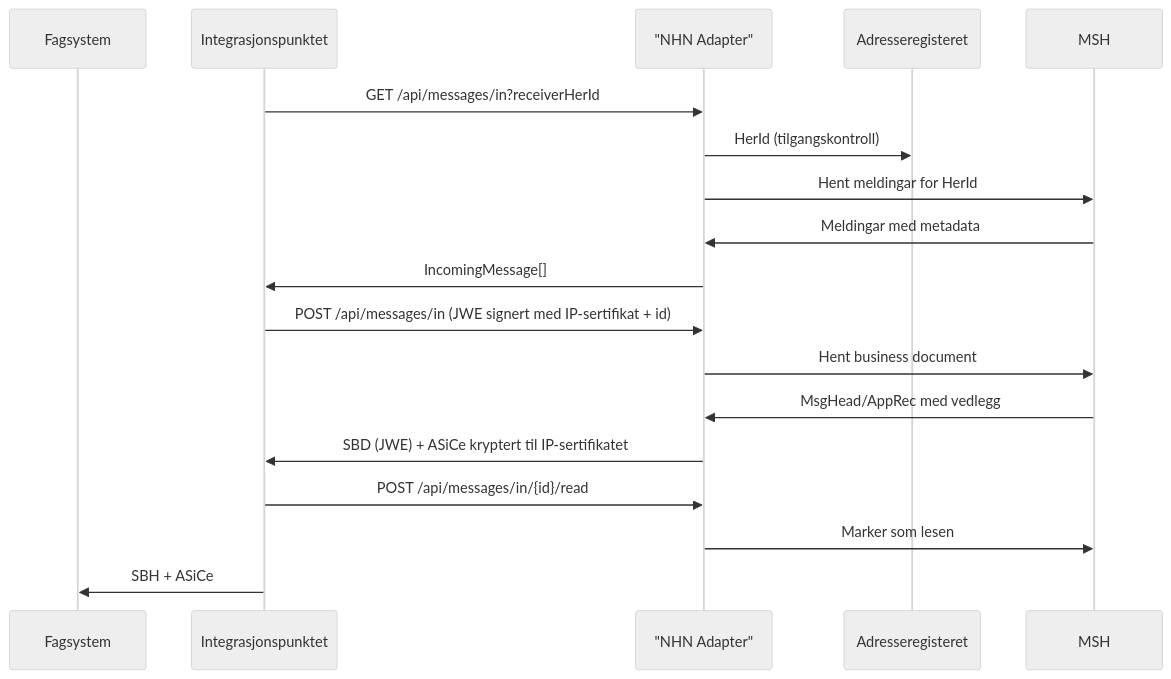
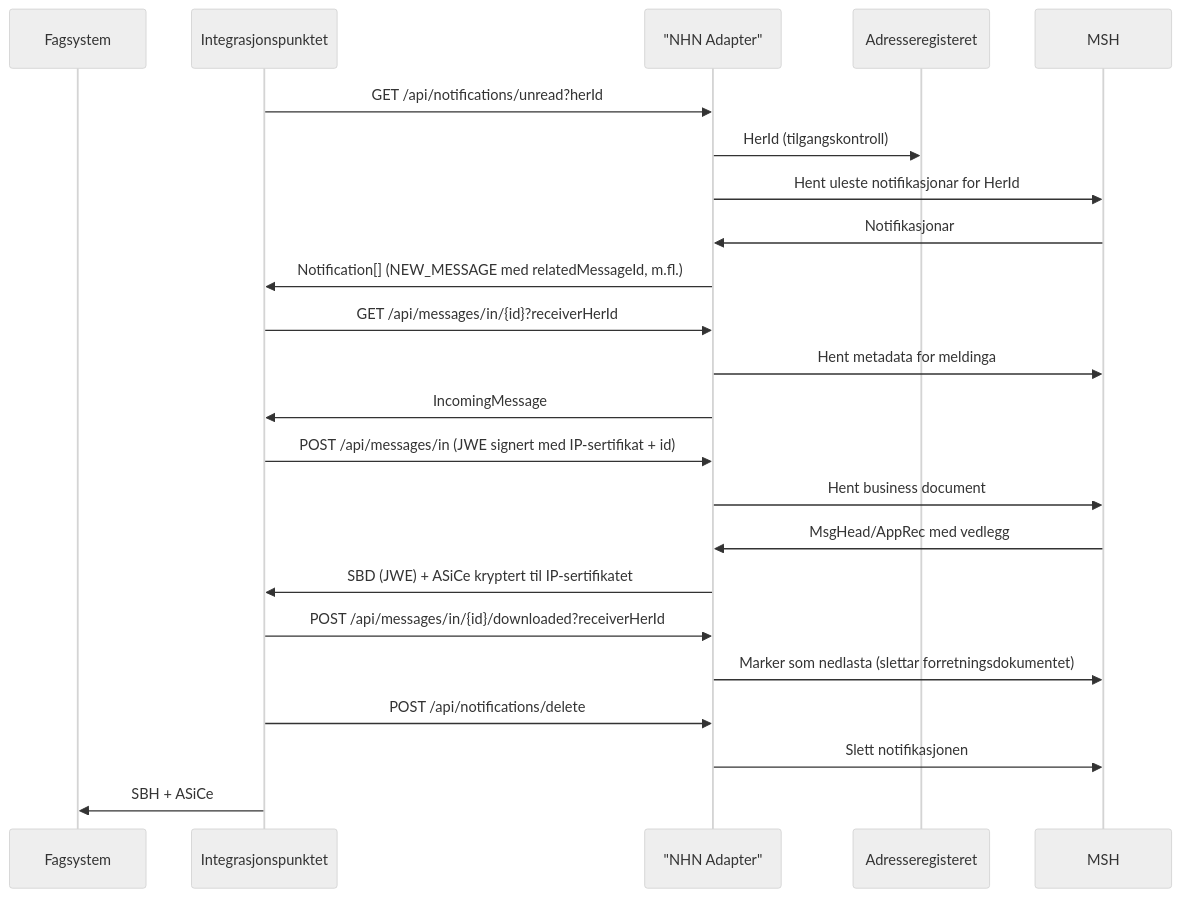
One commit to felleslosninger/efm-nhn-adapter changed the fifth of 5 diagrams in README.md. Above: the diagram before and after it, drawn with Mermaid (neutral theme). The commit also changed other lines of this file and 9 other files, not shown here.

````diff
--- a/README.md
+++ b/README.md
@@ -592,20 +595,25 @@
 ```mermaid
 sequenceDiagram
     participant Fagsystem
     participant Integrasjonspunktet
     participant "NHN Adapter"
     participant Adresseregisteret
     participant MSH
-    Integrasjonspunktet ->> "NHN Adapter": GET /api/messages/in?receiverHerId
+    Integrasjonspunktet ->> "NHN Adapter": GET /api/notifications/unread?herId
     "NHN Adapter" ->> Adresseregisteret: HerId (tilgangskontroll)
-    "NHN Adapter" ->> MSH: Hent meldingar for HerId
-    MSH ->> "NHN Adapter": Meldingar med metadata
-    "NHN Adapter" ->> Integrasjonspunktet: IncomingMessage[]
+    "NHN Adapter" ->> MSH: Hent uleste notifikasjonar for HerId
+    MSH ->> "NHN Adapter": Notifikasjonar
+    "NHN Adapter" ->> Integrasjonspunktet: Notification[] (NEW_MESSAGE med relatedMessageId, m.fl.)
+    Integrasjonspunktet ->> "NHN Adapter": GET /api/messages/in/{id}?receiverHerId
+    "NHN Adapter" ->> MSH: Hent metadata for meldinga
+    "NHN Adapter" ->> Integrasjonspunktet: IncomingMessage
     Integrasjonspunktet ->> "NHN Adapter": POST /api/messages/in (JWE signert med IP-sertifikat + id)
     "NHN Adapter" ->> MSH: Hent business document
     MSH ->> "NHN Adapter": MsgHead/AppRec med vedlegg
     "NHN Adapter" ->> Integrasjonspunktet: SBD (JWE) + ASiCe kryptert til IP-sertifikatet
-    Integrasjonspunktet ->> "NHN Adapter": POST /api/messages/in/{id}/read
-    "NHN Adapter" ->> MSH: Marker som lesen
+    Integrasjonspunktet ->> "NHN Adapter": POST /api/messages/in/{id}/downloaded?receiverHerId
+    "NHN Adapter" ->> MSH: Marker som nedlasta (slettar forretningsdokumentet)
+    Integrasjonspunktet ->> "NHN Adapter": POST /api/notifications/delete
+    "NHN Adapter" ->> MSH: Slett notifikasjonen
     Integrasjonspunktet ->> Fagsystem: SBH + ASiCe
 ```
````
